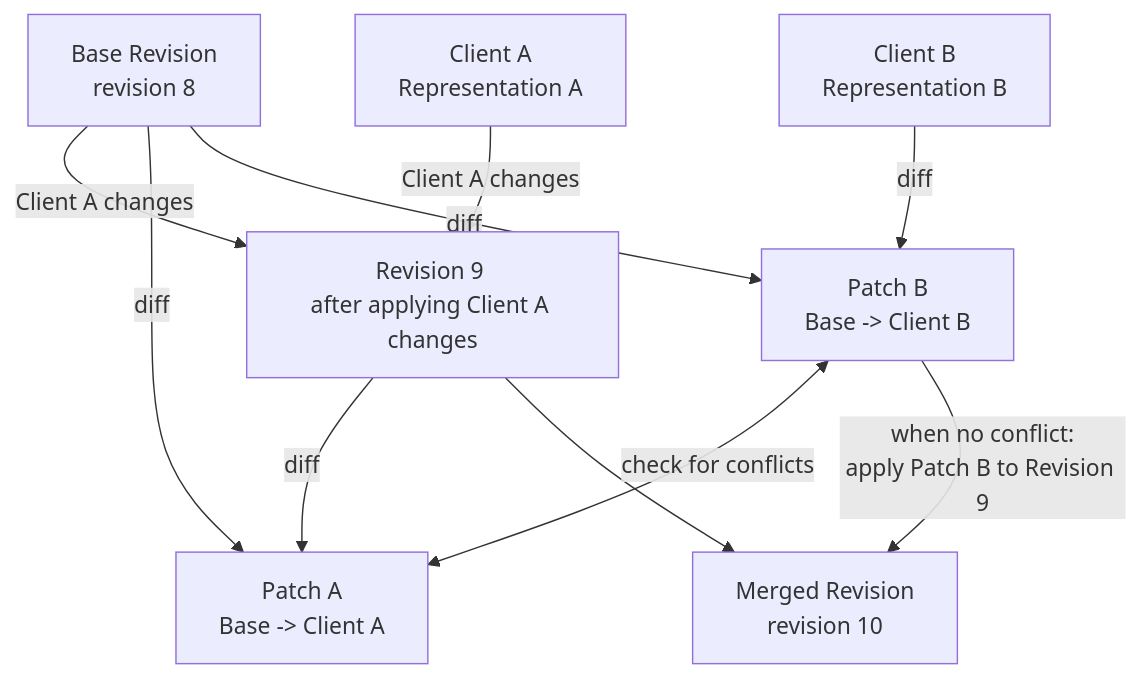
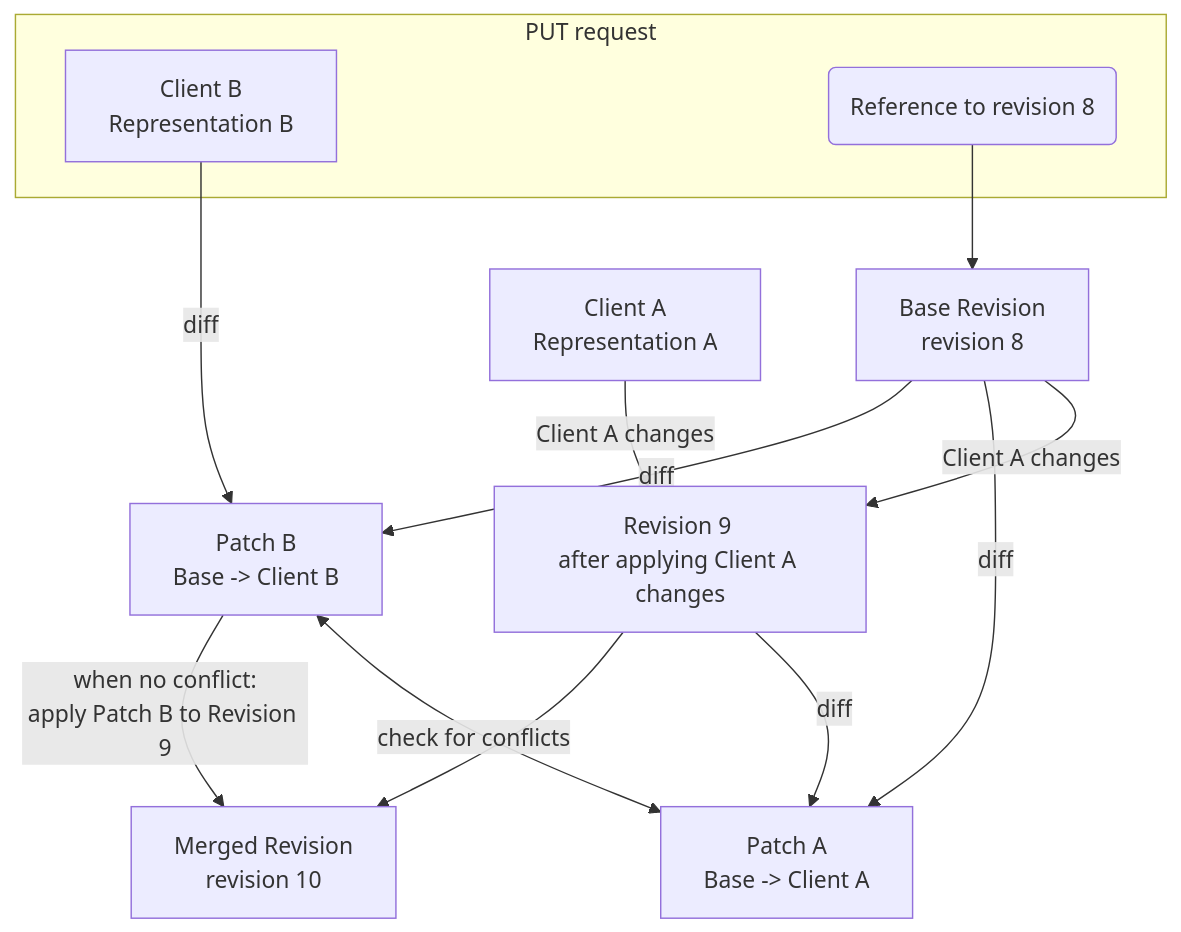
One commit to DKE-Data/masterdata-sync-working-group changed the second of 2 diagrams in architecture/05-stale-reads.md. Above: the diagram before and after it, drawn with Mermaid.

Commit message:
clarify that put request references base

````diff
--- a/architecture/05-stale-reads.md
+++ b/architecture/05-stale-reads.md
@@ -86,21 +86,26 @@
 ```mermaid
 flowchart TB
+    subgraph sub1 ["PUT request"]
+        ClientBSentRepresentation["Client B<br/>Representation B"]
+        A("Reference to revision 8")
+    end
     BaseRevision["Base Revision<br/>revision 8"]
     ClientASentRepresentation["Client A<br/>Representation A"]
-    ClientBSentRepresentation["Client B<br/>Representation B"]
     Revision9["Revision 9 <br/>after applying Client A changes"]
     PatchA["Patch A<br/>Base -> Client A"]
     PatchB["Patch B<br/>Base -> Client B"]
     MergedRevision["Merged Revision<br/>revision 10"]
     BaseRevision -->|"Client A changes"| Revision9
     ClientASentRepresentation -->|"Client A changes"| Revision9
     Revision9 -->|"diff"| PatchA
     BaseRevision -->|"diff"| PatchA
     ClientBSentRepresentation -->|"diff"| PatchB
     BaseRevision -->|"diff"| PatchB
     PatchB <-->|"check for conflicts"| PatchA
     Revision9 --> MergedRevision
     PatchB -->|"when no conflict:<br/>apply Patch B to Revision 9"| MergedRevision
+    A --> BaseRevision
     %% ceasg:{"id":"2fpch1lu"} %%
-    %% mermaid-flow:pos BaseRevision=583,-32 ClientASentRepresentation=302,-6 ClientBSentRepresentation=827,248 Revision9=367,113 PatchA=333,378 PatchB=637,375 MergedRevision=571,583
+    %% mermaid-flow:pos BaseRevision=583,-32 ClientASentRepresentation=302,-6 ClientBSentRepresentation=827,248 Revision9=367,113 PatchA=333,378 PatchB=637,375 MergedRevision=571,583 A=759,162
+    %% mermaid-flow:gpos sub1=718,71,207,227
 ```
````
